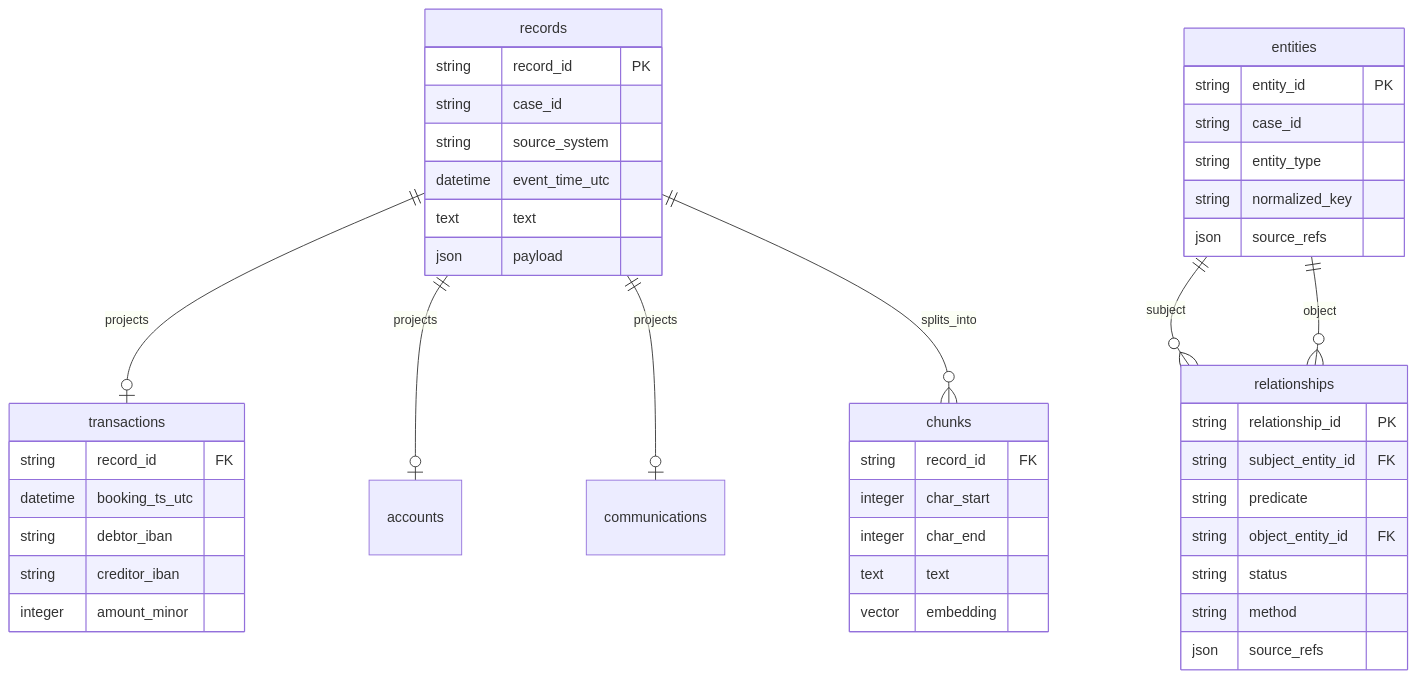
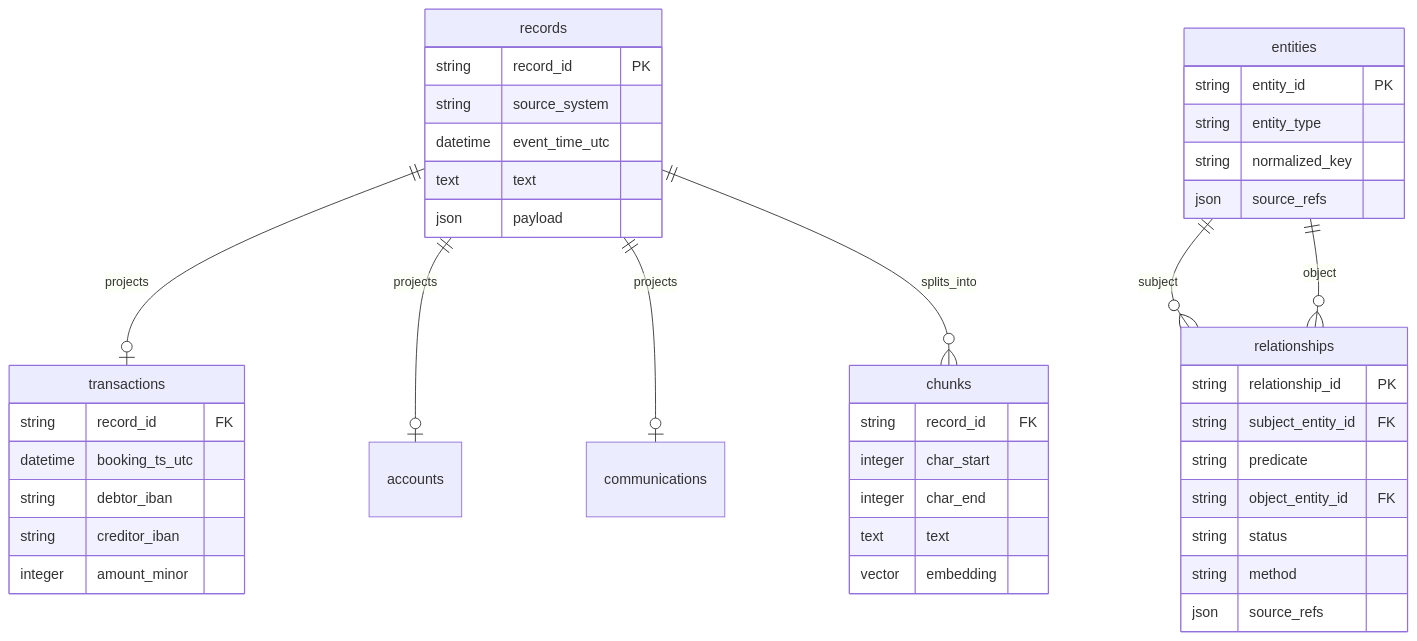
The second of 2 diagrams in wiki/data-layer.md (balalaika-tools/Deep-Analyst), drawn with Mermaid before and after one commit. The commit also changed other lines of this file and 321 other files, not shown here.

````diff
--- a/wiki/data-layer.md
+++ b/wiki/data-layer.md
@@ -147,48 +147,46 @@
 ```mermaid
 erDiagram
     records ||--o| transactions : projects
     records ||--o| accounts : projects
     records ||--o| communications : projects
     records ||--o{ chunks : splits_into
     entities ||--o{ relationships : subject
     entities ||--o{ relationships : object
 
     records {
         string record_id PK
-        string case_id
         string source_system
         datetime event_time_utc
         text text
         json payload
     }
     entities {
         string entity_id PK
-        string case_id
         string entity_type
         string normalized_key
         json source_refs
     }
     relationships {
         string relationship_id PK
         string subject_entity_id FK
         string predicate
         string object_entity_id FK
         string status
         string method
         json source_refs
     }
     transactions {
         string record_id FK
         datetime booking_ts_utc
         string debtor_iban
         string creditor_iban
         integer amount_minor
     }
     chunks {
         string record_id FK
         integer char_start
         integer char_end
         text text
         vector embedding
     }
 ```
````
